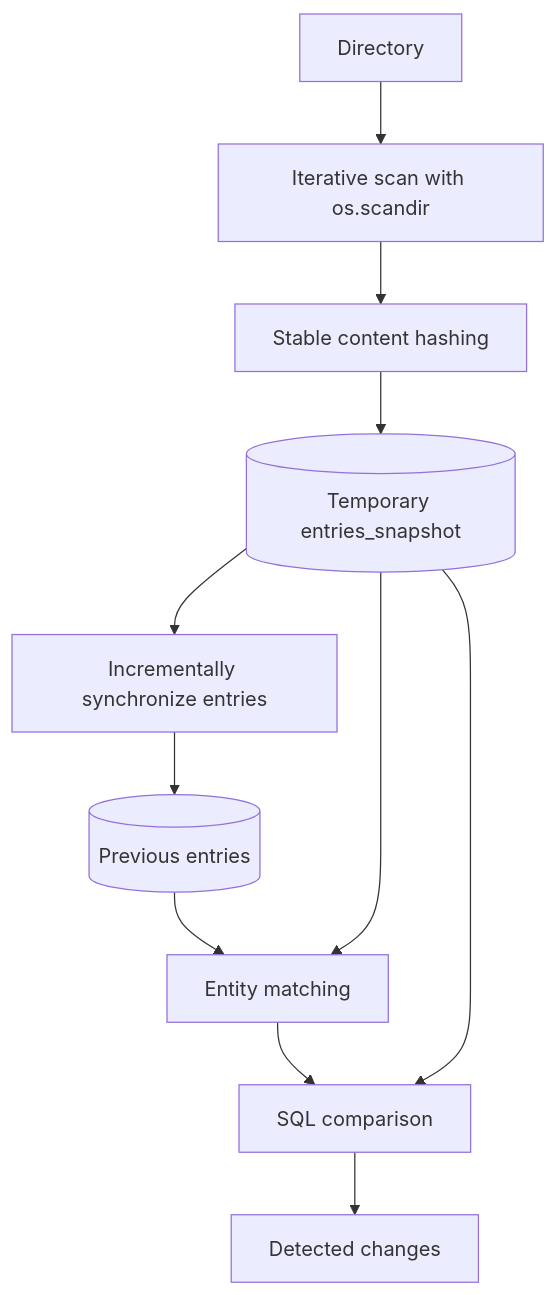
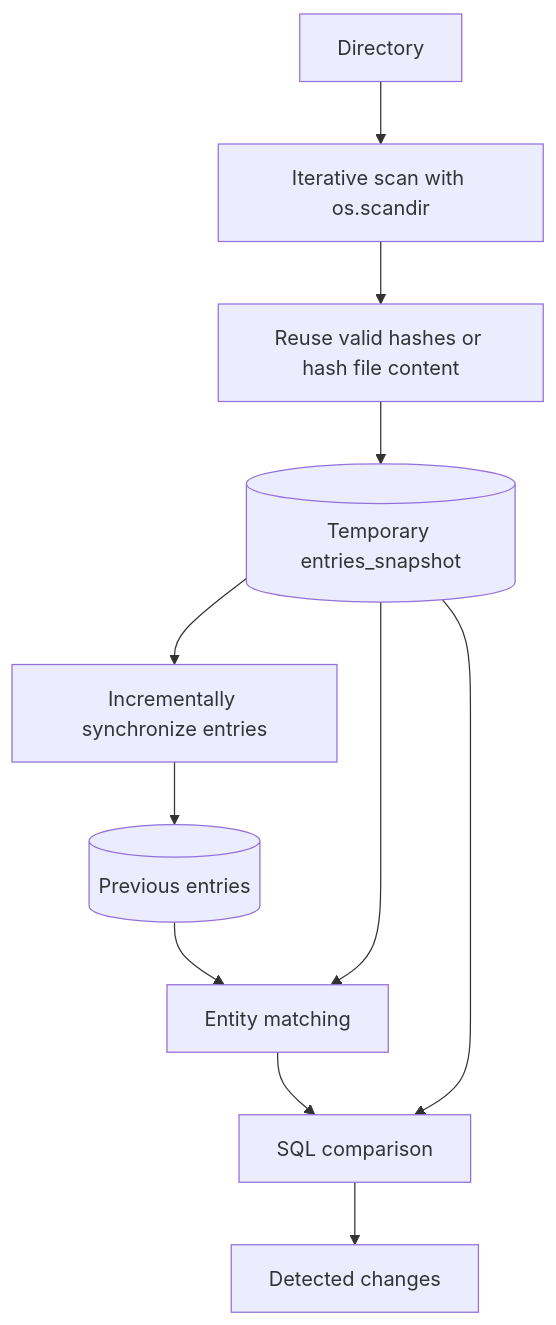
One commit to maximmuss699/Directory-scanner-wth-database changed the second of 3 diagrams in README.md. Above: the diagram before and after it, drawn with Mermaid. The commit also changed other lines of this file and 5 other files, not shown here.

````diff
--- a/README.md
+++ b/README.md
@@ -60,13 +60,13 @@
 ```mermaid
 flowchart TD
     A[Directory] --> B[Iterative scan with os.scandir]
-    B --> H[Stable content hashing]
+    B --> H[Reuse valid hashes or hash file content]
     H --> C[(Temporary entries_snapshot)]
     D[(Previous entries)] --> M[Entity matching]
     C --> M
     M --> E[SQL comparison]
     C --> E
     E --> F[Detected changes]
     C --> G[Incrementally synchronize entries]
     G --> D
 ```
````
